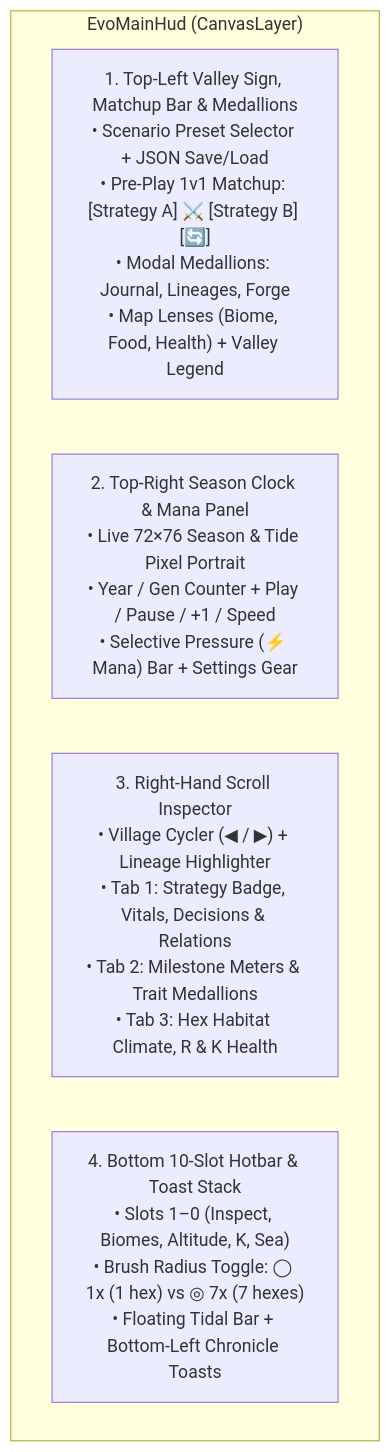
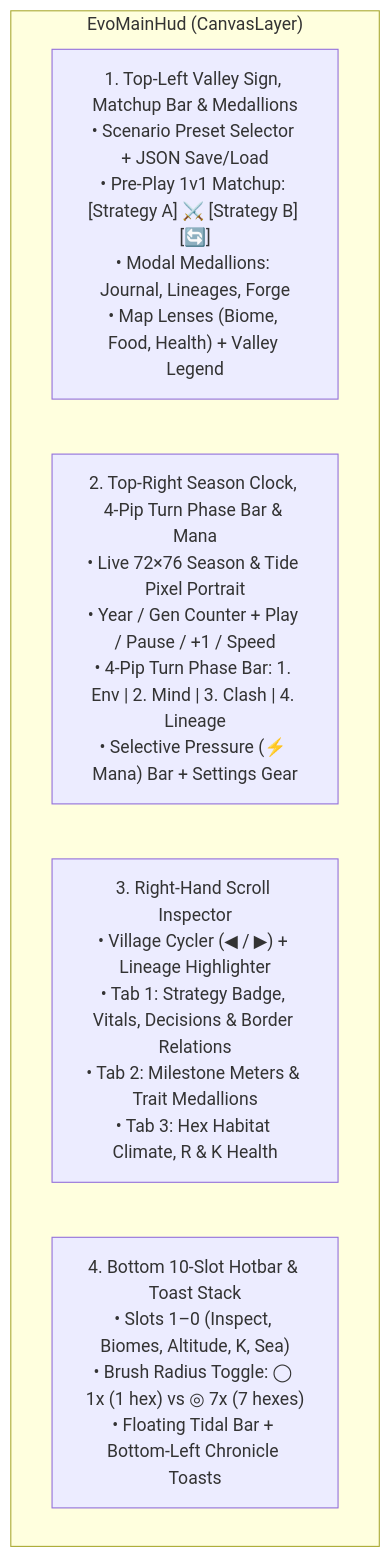
One commit to arrase/Evolution changed the diagram in gh-pages/ui_tools_controls.md. Above: the diagram before and after it, drawn with Mermaid. The commit also changed other lines of this file and 34 other files, not shown here.

Commit message:
feat: implement 2.5D vector/shader world renderer, 1-deme-per-hex borders, semantic zoom, and 4-step micro-phase playback

````diff
--- a/gh-pages/ui_tools_controls.md
+++ b/gh-pages/ui_tools_controls.md
@@ -13,9 +13,9 @@
 ```mermaid
 flowchart TD
     subgraph HUD ["EvoMainHud (CanvasLayer)"]
         TopLeft["1. Top-Left Valley Sign, Matchup Bar & Medallions\n• Scenario Preset Selector + JSON Save/Load\n• Pre-Play 1v1 Matchup: [Strategy A] ⚔️ [Strategy B] [🔄]\n• Modal Medallions: Journal, Lineages, Forge\n• Map Lenses (Biome, Food, Health) + Valley Legend"]
-        TopRight["2. Top-Right Season Clock & Mana Panel\n• Live 72×76 Season & Tide Pixel Portrait\n• Year / Gen Counter + Play / Pause / +1 / Speed\n• Selective Pressure (⚡ Mana) Bar + Settings Gear"]
-        RightInsp["3. Right-Hand Scroll Inspector\n• Village Cycler (◀ / ▶) + Lineage Highlighter\n• Tab 1: Strategy Badge, Vitals, Decisions & Relations\n• Tab 2: Milestone Meters & Trait Medallions\n• Tab 3: Hex Habitat Climate, R & K Health"]
+        TopRight["2. Top-Right Season Clock, 4-Pip Turn Phase Bar & Mana\n• Live 72×76 Season & Tide Pixel Portrait\n• Year / Gen Counter + Play / Pause / +1 / Speed\n• 4-Pip Turn Phase Bar: 1. Env | 2. Mind | 3. Clash | 4. Lineage\n• Selective Pressure (⚡ Mana) Bar + Settings Gear"]
+        RightInsp["3. Right-Hand Scroll Inspector\n• Village Cycler (◀ / ▶) + Lineage Highlighter\n• Tab 1: Strategy Badge, Vitals, Decisions & Border Relations\n• Tab 2: Milestone Meters & Trait Medallions\n• Tab 3: Hex Habitat Climate, R & K Health"]
         BottomDock["4. Bottom 10-Slot Hotbar & Toast Stack\n• Slots 1–0 (Inspect, Biomes, Altitude, K, Sea)\n• Brush Radius Toggle: ◯ 1x (1 hex) vs ◎ 7x (7 hexes)\n• Floating Tidal Bar + Bottom-Left Chronicle Toasts"]
     end
 ```
````
